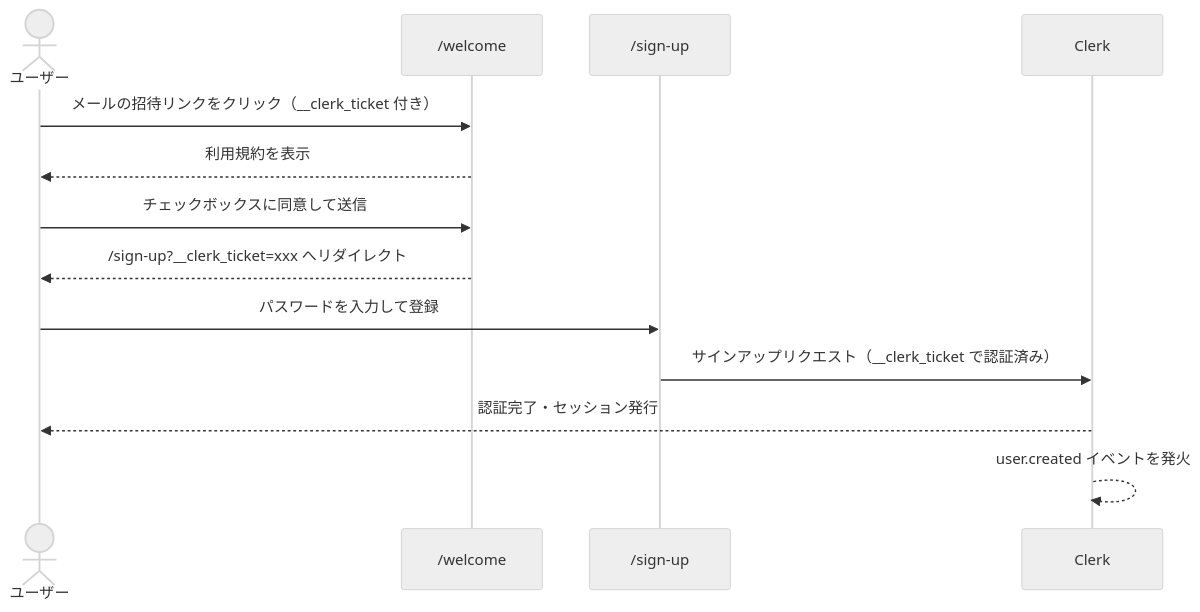
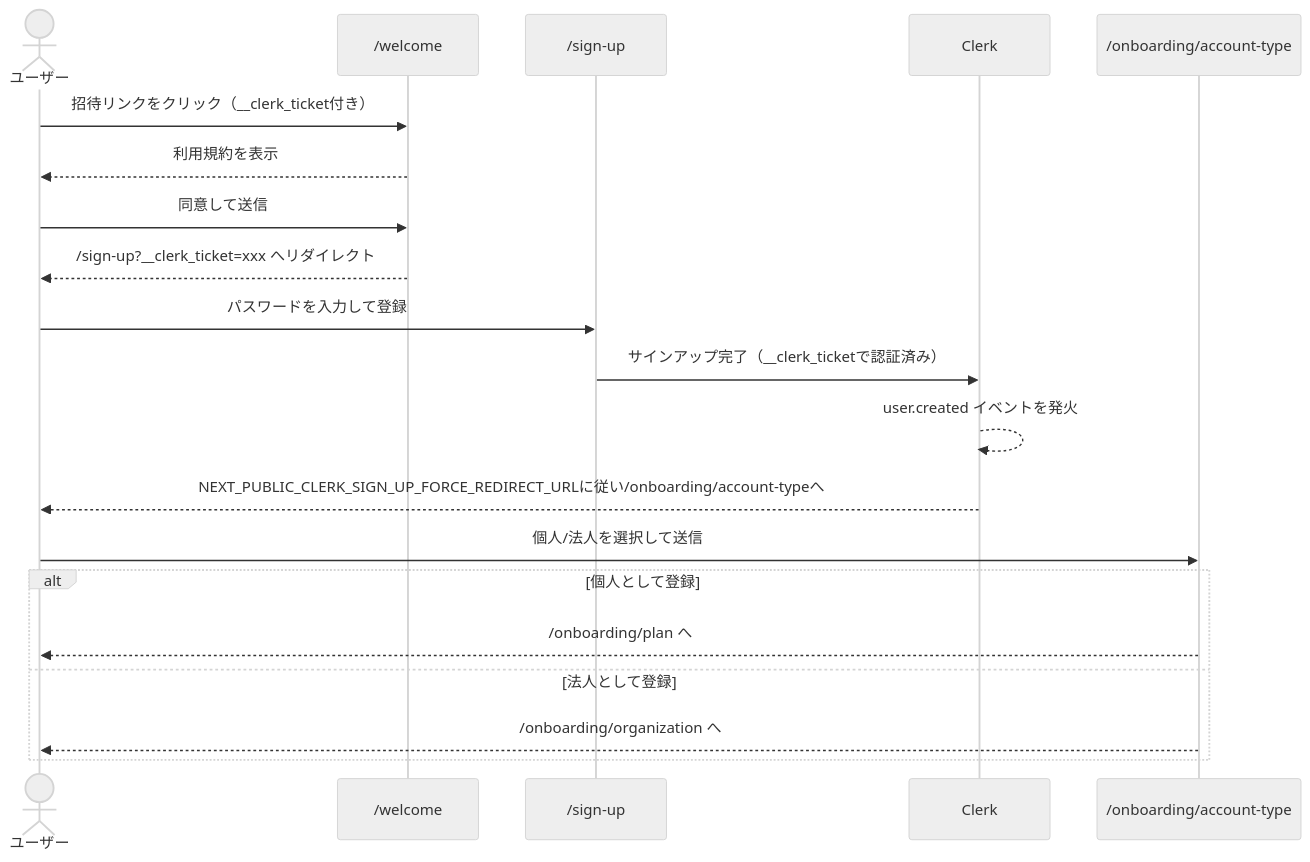
Before and after one commit to wknd-studio/brand-closed-ec: the third of 6 diagrams in docs/signup-flow.md, drawn with Mermaid (neutral theme). The commit also changed other lines of this file, not shown here.

First line of the commit message:
docs(b2b-organization): 会員登録フロードキュメントを法人対応後の実装に合わせて更新

````diff
--- a/docs/signup-flow.md
+++ b/docs/signup-flow.md
@@ -62,16 +73,24 @@
 ```mermaid
 sequenceDiagram
     actor ユーザー
     participant Welcome as /welcome
     participant Signup as /sign-up
     participant Clerk
+    participant AccountType as /onboarding/account-type
 
-    ユーザー->>Welcome: メールの招待リンクをクリック（__clerk_ticket 付き）
+    ユーザー->>Welcome: 招待リンクをクリック（__clerk_ticket付き）
     Welcome-->>ユーザー: 利用規約を表示
-    ユーザー->>Welcome: チェックボックスに同意して送信
+    ユーザー->>Welcome: 同意して送信
     Welcome-->>ユーザー: /sign-up?__clerk_ticket=xxx へリダイレクト
     ユーザー->>Signup: パスワードを入力して登録
-    Signup->>Clerk: サインアップリクエスト（__clerk_ticket で認証済み）
-    Clerk-->>ユーザー: 認証完了・セッション発行
+    Signup->>Clerk: サインアップ完了（__clerk_ticketで認証済み）
     Clerk-->>Clerk: user.created イベントを発火
+    Clerk-->>ユーザー: NEXT_PUBLIC_CLERK_SIGN_UP_FORCE_REDIRECT_URLに従い/onboarding/account-typeへ
+
+    ユーザー->>AccountType: 個人/法人を選択して送信
+    alt 個人として登録
+        AccountType-->>ユーザー: /onboarding/plan へ
+    else 法人として登録
+        AccountType-->>ユーザー: /onboarding/organization へ
+    end
 ```
````
